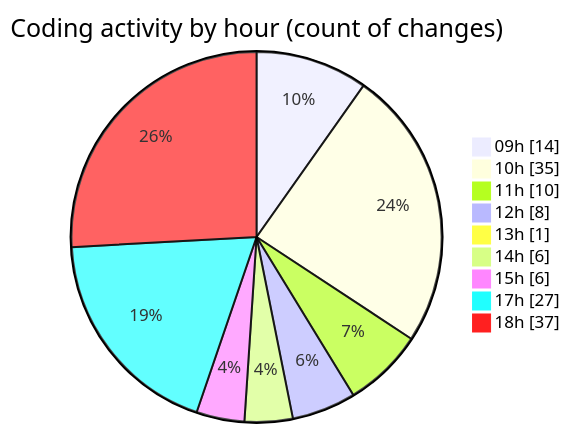
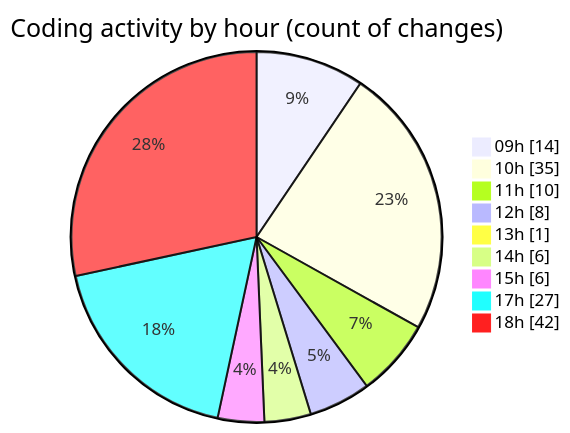
The second of 2 diagrams in 2025-11-10/cda/README.md (momahboobian/code-tracking), drawn with Mermaid before and after one commit. The commit also changed other lines of this file and 1 other file, not shown here.

````diff
--- a/2025-11-10/cda/README.md
+++ b/2025-11-10/cda/README.md
@@ -61,13 +61,13 @@
 ```mermaid
 pie showData
 title Coding activity by hour (count of changes)
 "09h" : 14
 "10h" : 35
 "11h" : 10
 "12h" : 8
 "13h" : 1
 "14h" : 6
 "15h" : 6
 "17h" : 27
-"18h" : 37
+"18h" : 42
 ```
````
